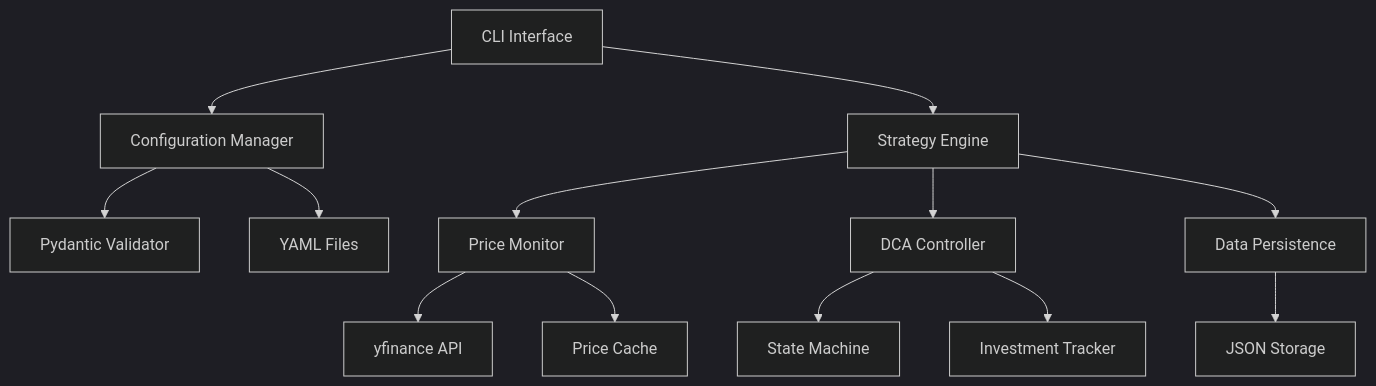
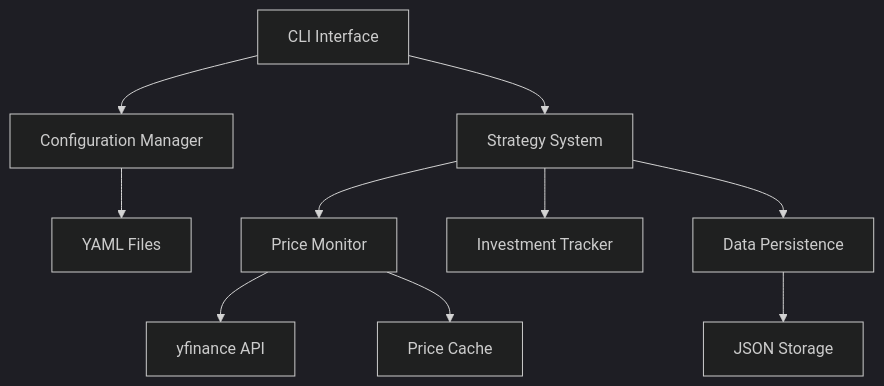
The diagram in .kiro/specs/buy-the-dip-strategy/design.md (nickaustinlee/buy_the_dip_strategy_simulator), drawn with Mermaid (dark theme) before and after one commit. The commit also changed other lines of this file and 4 other files, not shown here.

````diff
--- a/.kiro/specs/buy-the-dip-strategy/design.md
+++ b/.kiro/specs/buy-the-dip-strategy/design.md
@@ -13,20 +13,16 @@
 ```mermaid
 graph TB
     CLI[CLI Interface] --> Config[Configuration Manager]
-    CLI --> Engine[Strategy Engine]
+    CLI --> Strategy[Strategy System]
     
-    Config --> Validator[Pydantic Validator]
     Config --> YAML[YAML Files]
     
-    Engine --> Monitor[Price Monitor]
-    Engine --> DCA[DCA Controller]
-    Engine --> Persistence[Data Persistence]
+    Strategy --> PriceMonitor[Price Monitor]
+    Strategy --> InvestmentTracker[Investment Tracker]
+    Strategy --> Persistence[Data Persistence]
     
-    Monitor --> YFinance[yfinance API]
-    Monitor --> Cache[Price Cache]
-    
-    DCA --> State[State Machine]
-    DCA --> Tracker[Investment Tracker]
+    PriceMonitor --> YFinance[yfinance API]
+    PriceMonitor --> Cache[Price Cache]
     
     Persistence --> JSON[JSON Storage]
 ```
````
